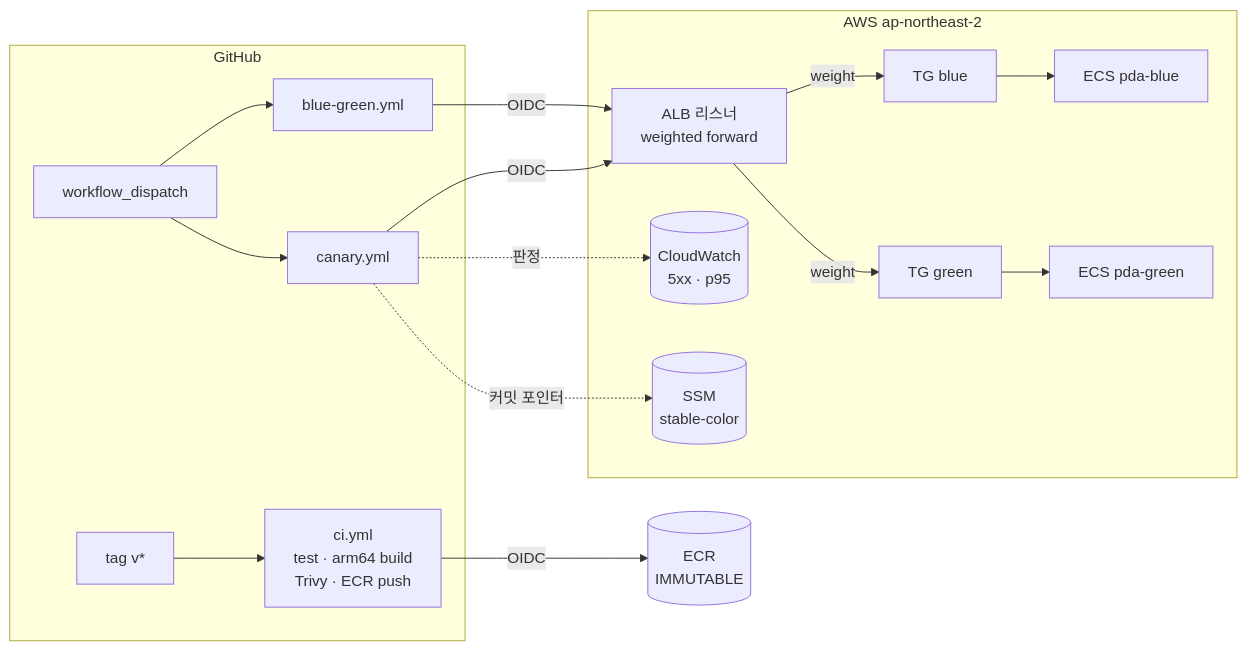
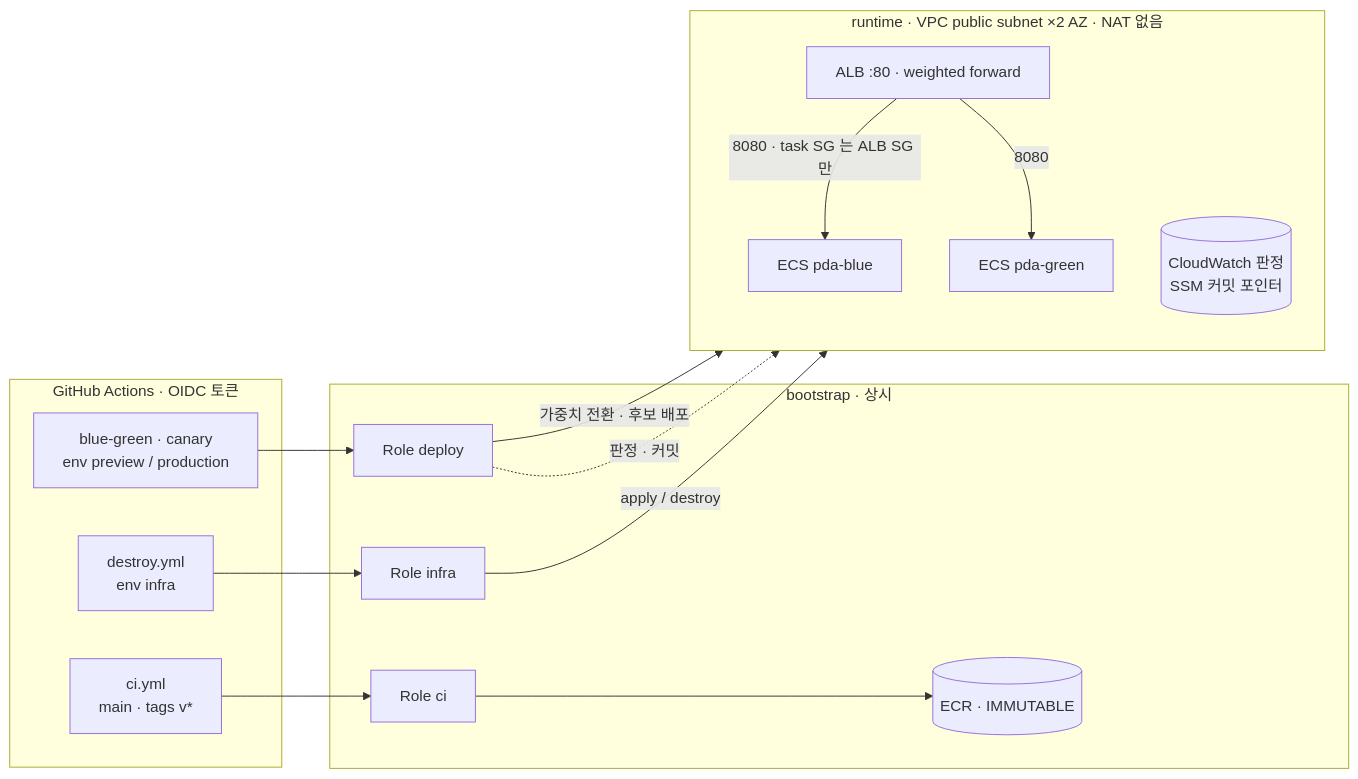
Before and after one commit to seungji2001/progressive-delivery-actions: the first of 2 diagrams in README.md, drawn with Mermaid. The commit also changed other lines of this file and 5 other files, not shown here.

````diff
--- a/README.md
+++ b/README.md
@@ -33,19 +36,29 @@
 ```mermaid
 flowchart LR
-    subgraph GH[GitHub]
-        T[tag v*] --> CI[ci.yml<br/>test · arm64 build<br/>Trivy · ECR push]
-        D[workflow_dispatch] --> BG[blue-green.yml]
-        D --> CA[canary.yml]
+    subgraph GH["GitHub Actions · OIDC 토큰"]
+        CI["ci.yml<br/>main · tags v*"]
+        DEP["blue-green · canary<br/>env preview / production"]
+        INF["destroy.yml<br/>env infra"]
     end
-    CI -- OIDC --> ECR[(ECR<br/>IMMUTABLE)]
-    BG -- OIDC --> ALB
-    CA -- OIDC --> ALB
-    subgraph AWS[AWS ap-northeast-2]
-        ALB[ALB 리스너<br/>weighted forward] -->|weight| TGB[TG blue] --> SB[ECS pda-blue]
-        ALB -->|weight| TGG[TG green] --> SG[ECS pda-green]
-        CW[(CloudWatch<br/>5xx · p95)]
-        SSM[(SSM<br/>stable-color)]
+    subgraph BOOT["bootstrap · 상시"]
+        RCI["Role ci"]
+        RDEP["Role deploy"]
+        RINF["Role infra"]
+        ECR[("ECR · IMMUTABLE")]
     end
-    CA -. 판정 .-> CW
-    CA -. 커밋 포인터 .-> SSM
+    subgraph RUN["runtime · VPC public subnet ×2 AZ · NAT 없음"]
+        direction TB
+        ALB["ALB :80 · weighted forward"]
+        BLUE["ECS pda-blue"]
+        GREEN["ECS pda-green"]
+        OBS[("CloudWatch 판정<br/>SSM 커밋 포인터")]
+        ALB -- "8080 · task SG 는 ALB SG 만" --> BLUE
+        ALB -- "8080" --> GREEN
+    end
+    CI --> RCI --> ECR
+    DEP --> RDEP
+    INF --> RINF
+    RDEP -- "가중치 전환 · 후보 배포" --> ALB
+    RDEP -. "판정 · 커밋" .-> OBS
+    RINF -- "apply / destroy" --> RUN
 ```
````
